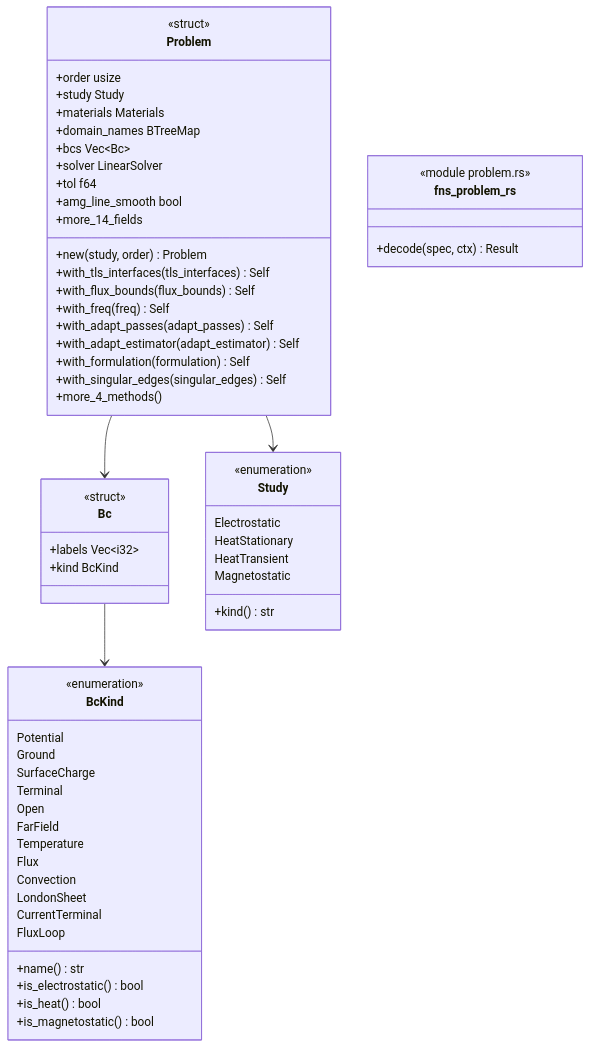
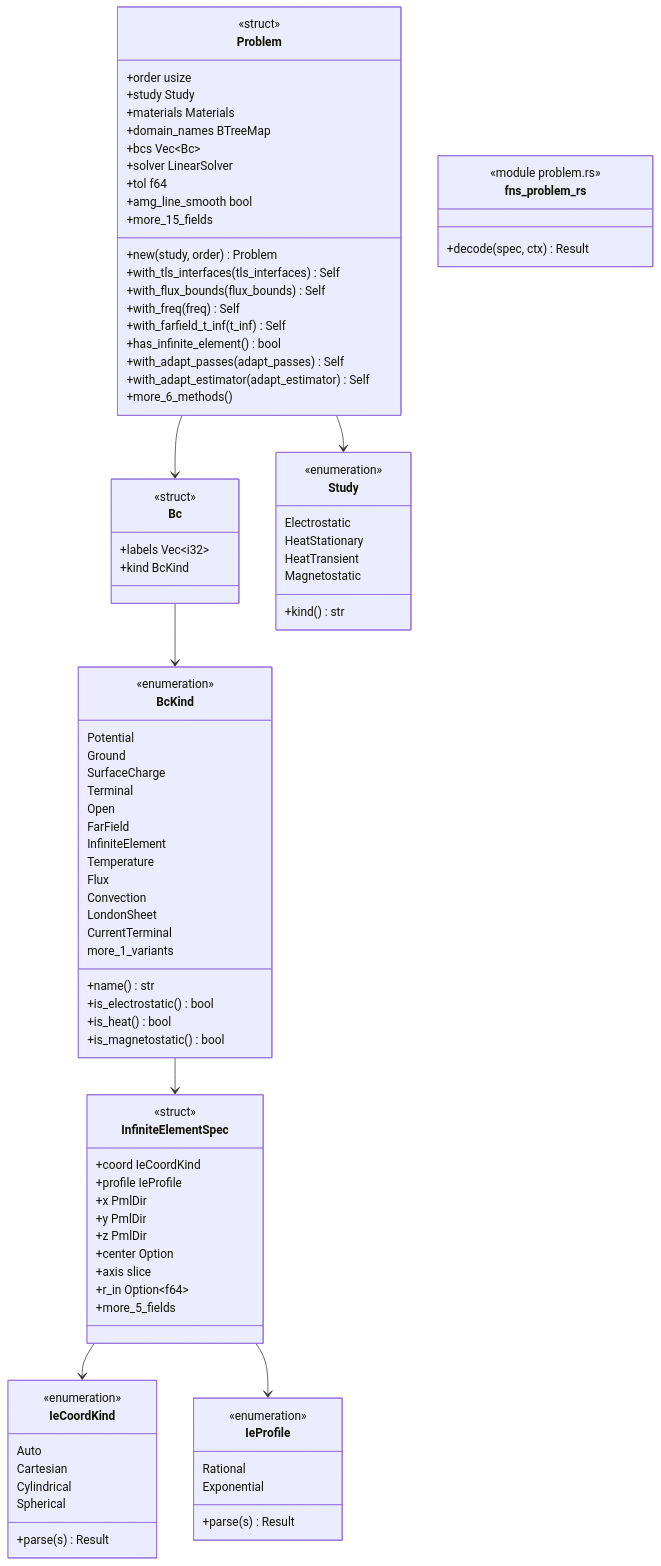
One commit to p-j-r/nyx changed the diagram in docs/architecture/c4/4-code/dfs/problem.md. Above: the diagram before and after it, drawn with Mermaid. The commit also changed other lines of this file and 110 other files, not shown here.

````diff
--- a/docs/architecture/c4/4-code/dfs/problem.md
+++ b/docs/architecture/c4/4-code/dfs/problem.md
@@ -37,5 +38,31 @@
 ```mermaid
 classDiagram
+  class IeCoordKind {
+      <<enumeration>>
+      Auto
+      Cartesian
+      Cylindrical
+      Spherical
+      +parse(s) Result
+  }
+  class IeProfile {
+      <<enumeration>>
+      Rational
+      Exponential
+      +parse(s) Result
+  }
+  class InfiniteElementSpec {
+      <<struct>>
+      +coord IeCoordKind
+      +profile IeProfile
+      +x PmlDir
+      +y PmlDir
+      +z PmlDir
+      +center Option
+      +axis slice
+      +r_in Option~f64~
+      +more_5_fields
+  }
   class BcKind {
       <<enumeration>>
       Potential
@@ -44,12 +71,13 @@
       Terminal
       Open
       FarField
+      InfiniteElement
       Temperature
       Flux
       Convection
       LondonSheet
       CurrentTerminal
-      FluxLoop
+      more_1_variants
       +name() str
       +is_electrostatic() bool
       +is_heat() bool
@@ -78,21 +106,24 @@
       +solver LinearSolver
       +tol f64
       +amg_line_smooth bool
-      +more_14_fields
+      +more_15_fields
       +new(study, order) Problem
       +with_tls_interfaces(tls_interfaces) Self
       +with_flux_bounds(flux_bounds) Self
       +with_freq(freq) Self
+      +with_farfield_t_inf(t_inf) Self
+      +has_infinite_element() bool
       +with_adapt_passes(adapt_passes) Self
       +with_adapt_estimator(adapt_estimator) Self
-      +with_formulation(formulation) Self
-      +with_singular_edges(singular_edges) Self
-      +more_4_methods()
+      +more_6_methods()
   }
   class fns_problem_rs {
       <<module problem.rs>>
       +decode(spec, ctx) Result
   }
+  InfiniteElementSpec --> IeCoordKind
+  InfiniteElementSpec --> IeProfile
+  BcKind --> InfiniteElementSpec
   Bc --> BcKind
   Problem --> Study
   Problem --> Bc
````
